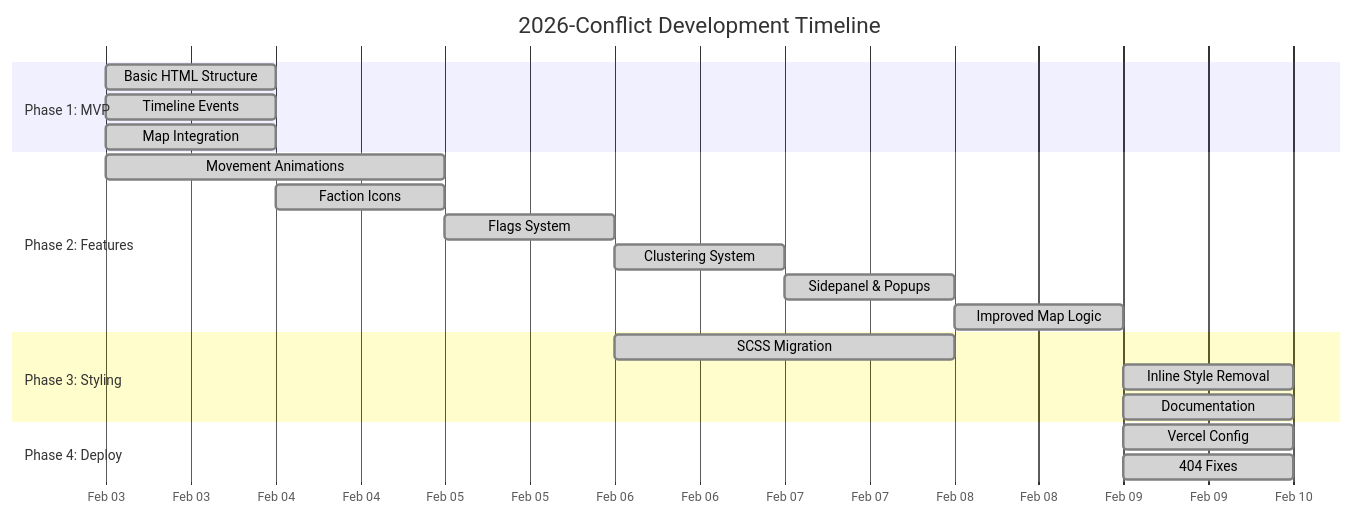
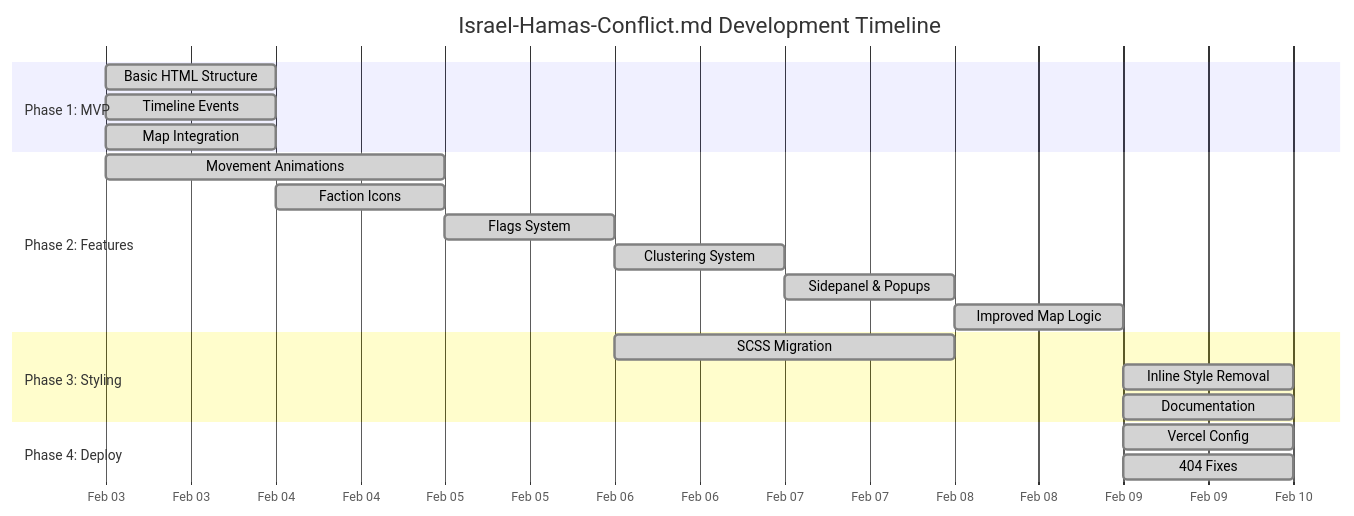
One commit to ModernAmusements/MA-Blog changed the first of 8 diagrams in DEVELOPMENT_LOG.md. Above: the diagram before and after it, drawn with Mermaid. The commit also changed other lines of this file and 13 other files, not shown here.

````diff
--- a/DEVELOPMENT_LOG.md
+++ b/DEVELOPMENT_LOG.md
@@ -52,28 +52,28 @@
 ```mermaid
 gantt
-    title 2026-Conflict Development Timeline
+    title Israel-Hamas-Conflict.md Development Timeline
     dateFormat  YYYY-MM-DD
     axisFormat  %b %d
     
     section Phase 1: MVP
     Basic HTML Structure       :done,    p1, 2026-02-03, 1d
     Timeline Events           :done,    p2, 2026-02-03, 1d
     Map Integration           :done,    p3, 2026-02-03, 1d
     
     section Phase 2: Features
     Movement Animations       :done,    p4, 2026-02-03, 2d
     Faction Icons             :done,    p5, 2026-02-04, 1d
     Flags System              :done,    p6, 2026-02-05, 1d
     Clustering System         :done,    p7, 2026-02-06, 1d
     Sidepanel & Popups        :done,    p8, 2026-02-07, 1d
     Improved Map Logic        :done,    p9, 2026-02-08, 1d
     
     section Phase 3: Styling
     SCSS Migration            :done,    p10, 2026-02-06, 2d
     Inline Style Removal      :done,    p11, 2026-02-09, 1d
     Documentation             :done,    p12, 2026-02-09, 1d
     
     section Phase 4: Deploy
     Vercel Config             :done,    p13, 2026-02-09, 1d
     404 Fixes                 :done,    p14, 2026-02-09, 1d
 ```
````
